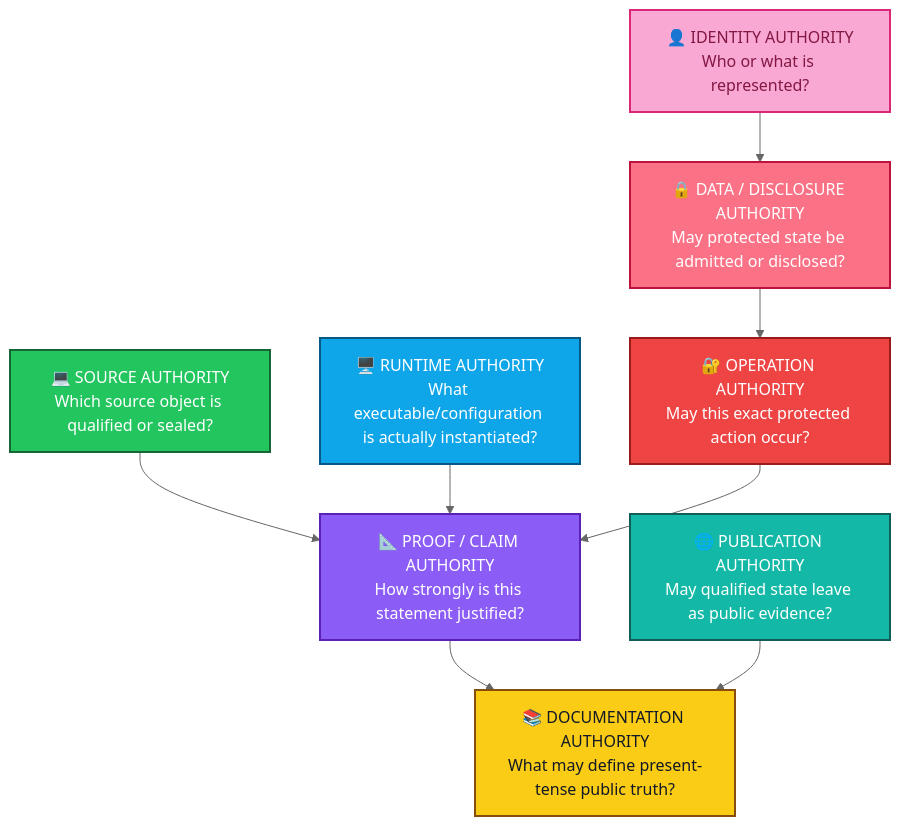
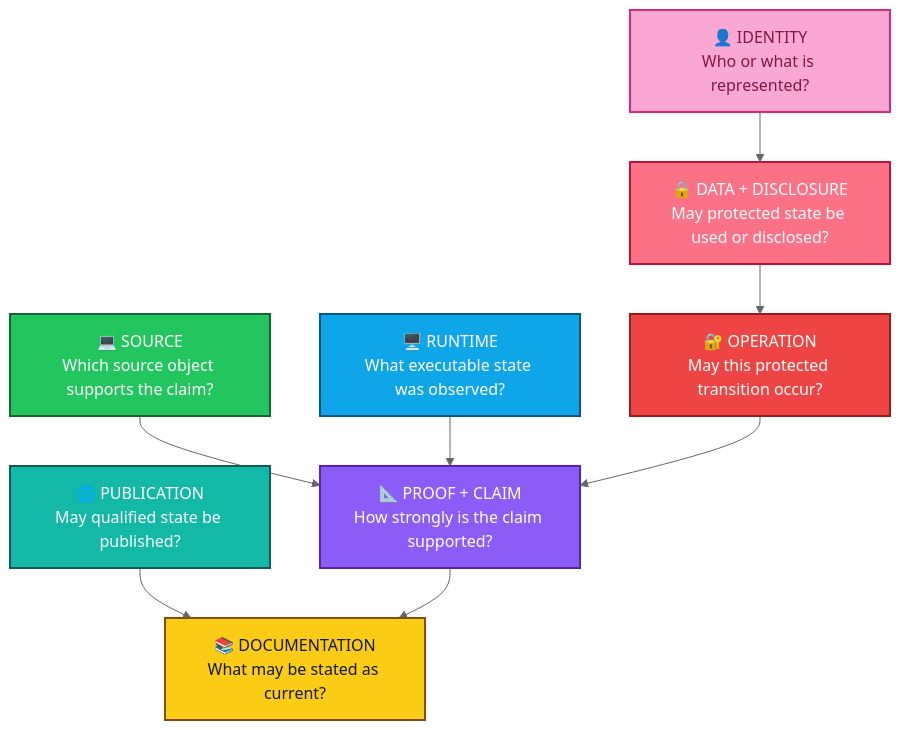
One commit to kiddstechnical/ALLIS-Artificial-Learning-and-Location-Intelligence-System changed the third of 9 diagrams in CURRENT.md. Above: the diagram before and after it, drawn with Mermaid (neutral theme). The commit also changed other lines of this file, not shown here.

Commit message:
Update print statement from 'Hello' to 'Goodbye'

````diff
--- a/CURRENT.md
+++ b/CURRENT.md
@@ -159,28 +135,27 @@
 ```mermaid
 flowchart TB
-    I["👤 IDENTITY AUTHORITY<br/>Who or what is represented?"]:::identity
-    D["🔒 DATA / DISCLOSURE AUTHORITY<br/>May protected state be admitted or disclosed?"]:::data
-    O["🔐 OPERATION AUTHORITY<br/>May this exact protected action occur?"]:::operation
-    S["💻 SOURCE AUTHORITY<br/>Which source object is qualified or sealed?"]:::source
-    R["🖥️ RUNTIME AUTHORITY<br/>What executable/configuration is actually instantiated?"]:::runtime
-    P["📐 PROOF / CLAIM AUTHORITY<br/>How strongly is this statement justified?"]:::proof
-    U["🌐 PUBLICATION AUTHORITY<br/>May qualified state leave as public evidence?"]:::publication
-    C["📚 DOCUMENTATION AUTHORITY<br/>What may define present-tense public truth?"]:::docs
+    I["👤 IDENTITY<br/>Who or what is represented?"]:::identity
+    D["🔒 DATA + DISCLOSURE<br/>May protected state be used or disclosed?"]:::data
+    O["🔐 OPERATION<br/>May this protected transition occur?"]:::operation
+    S["💻 SOURCE<br/>Which source object supports the claim?"]:::source
+    R["🖥️ RUNTIME<br/>What executable state was observed?"]:::runtime
+    P["📐 PROOF + CLAIM<br/>How strongly is the claim supported?"]:::proof
+    U["🌐 PUBLICATION<br/>May qualified state be published?"]:::publication
+    C["📚 DOCUMENTATION<br/>What may be stated as current?"]:::docs
 
-    I --> D
-    D --> O
+    I --> D --> O
     S --> P
     R --> P
     O --> P
+    U --> C
     P --> C
-    U --> C
 
     classDef identity fill:#f9a8d4,stroke:#db2777,color:#831843,stroke-width:2px;
     classDef data fill:#fb7185,stroke:#be123c,color:#ffffff,stroke-width:2px;
     classDef operation fill:#ef4444,stroke:#991b1b,color:#ffffff,stroke-width:2px;
     classDef source fill:#22c55e,stroke:#166534,color:#ffffff,stroke-width:2px;
     classDef runtime fill:#0ea5e9,stroke:#075985,color:#ffffff,stroke-width:2px;
     classDef proof fill:#8b5cf6,stroke:#5b21b6,color:#ffffff,stroke-width:2px;
     classDef publication fill:#14b8a6,stroke:#115e59,color:#ffffff,stroke-width:2px;
     classDef docs fill:#facc15,stroke:#854d0e,color:#111827,stroke-width:2px;
 ```
````
